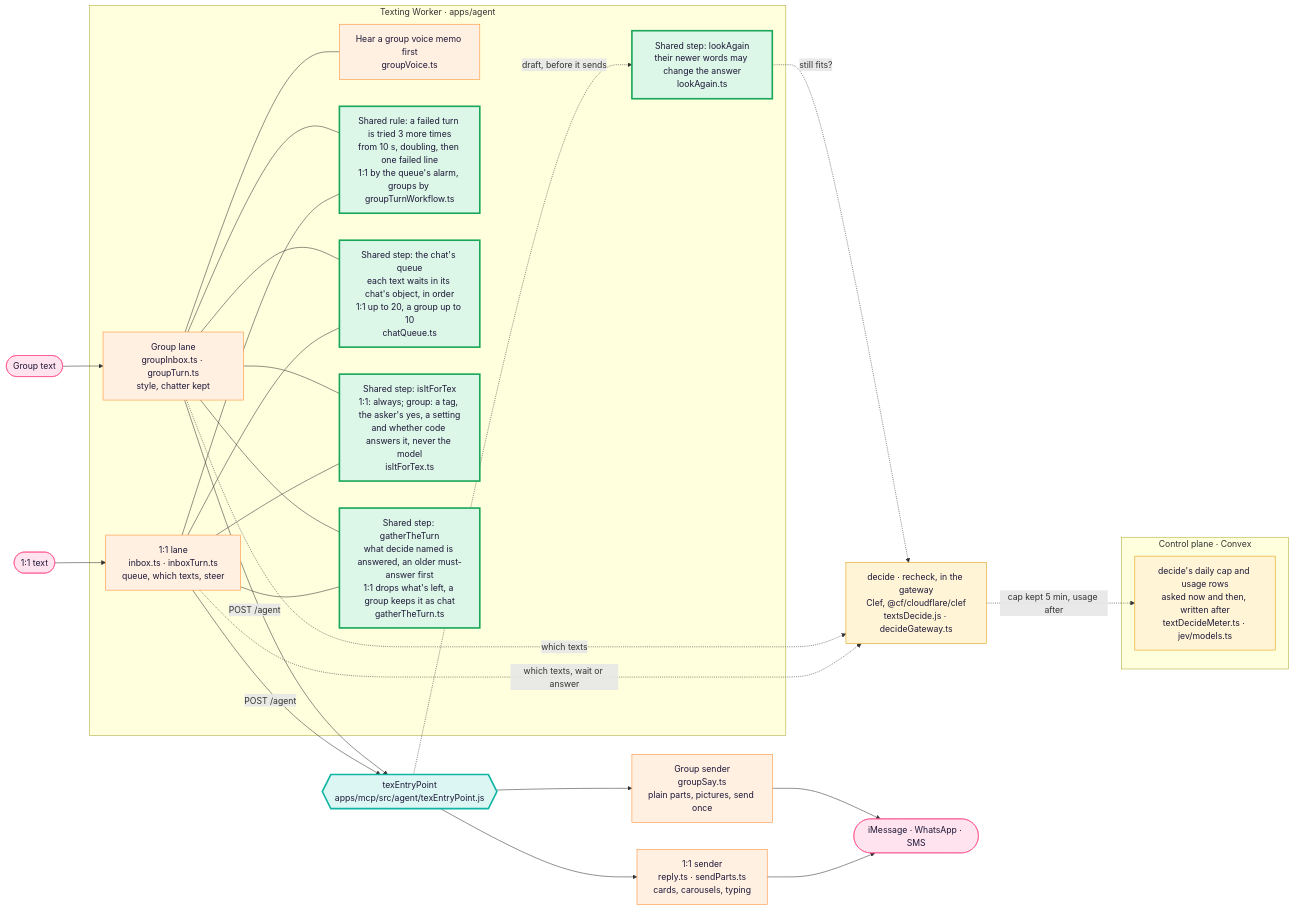
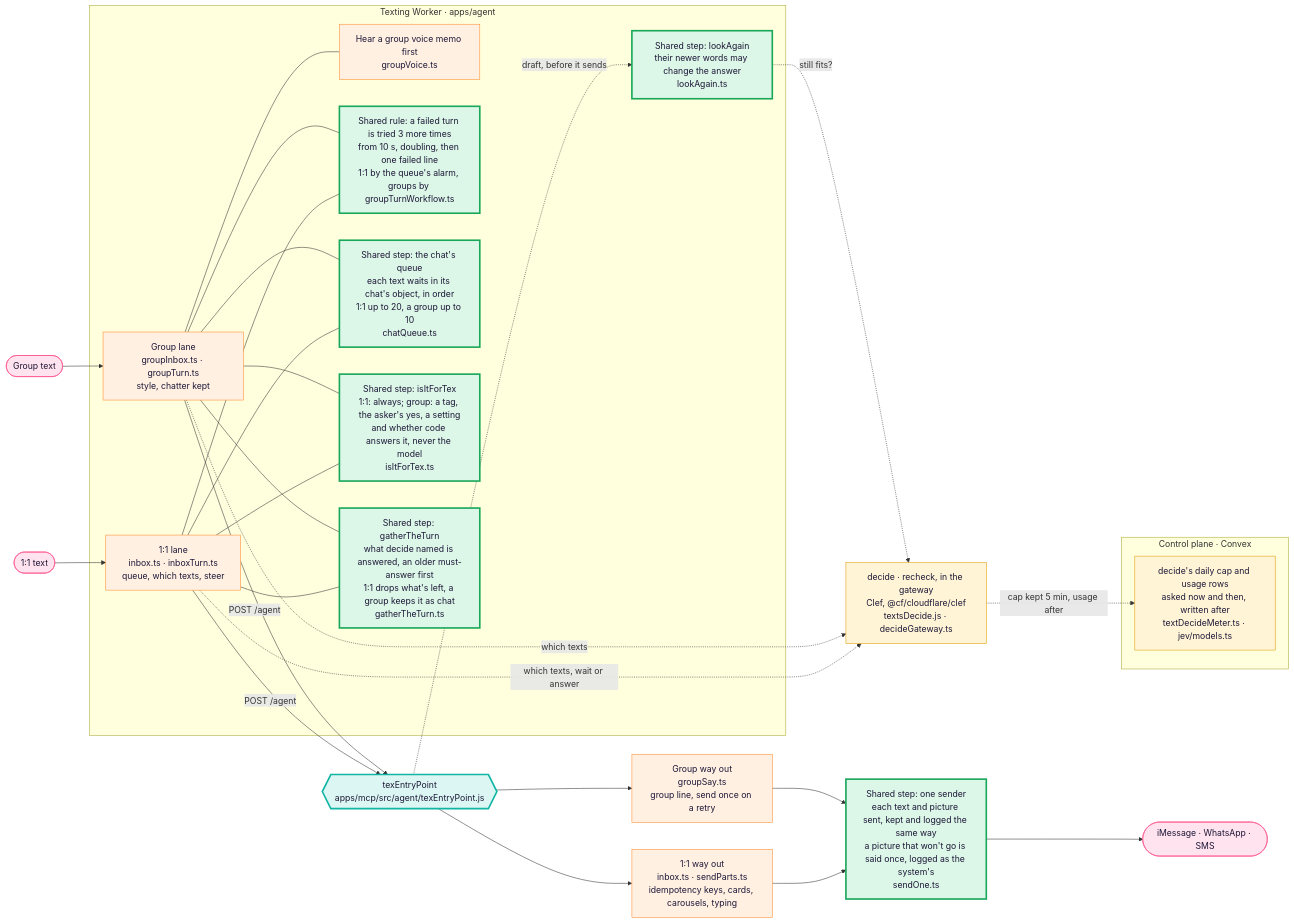
The first of 3 diagrams in docs/architecture/tex.md (Supa-Media/context), drawn with Mermaid before and after one commit. The commit also changed other lines of this file and 5 other files, not shown here.

First line of the commit message:
Tex: one sender for 1:1 and group texts and pictures

````diff
--- a/docs/architecture/tex.md
+++ b/docs/architecture/tex.md
@@ -22,45 +22,46 @@
 ```mermaid
 flowchart LR
   P1([1:1 text]):::you --> W1
   P2([Group text]):::you --> W2
   subgraph Worker["Texting Worker · apps/agent"]
     W1["1:1 lane<br/>inbox.ts · inboxTurn.ts<br/>queue, which texts, steer"]:::pipe
     W2["Group lane<br/>groupInbox.ts · groupTurn.ts<br/>style, chatter kept"]:::pipe
     H["Hear a group voice memo first<br/>groupVoice.ts"]:::pipe
     W2 --- H
     LA["Shared step: lookAgain<br/>their newer words may change the answer<br/>lookAgain.ts"]:::shared
     RT["Shared rule: a failed turn is tried 3 more times<br/>from 10 s, doubling, then one failed line<br/>1:1 by the queue's alarm, groups by groupTurnWorkflow.ts"]:::shared
     W1 --- RT
     W2 --- RT
     Q["Shared step: the chat's queue<br/>each text waits in its chat's object, in order<br/>1:1 up to 20, a group up to 10<br/>chatQueue.ts"]:::shared
     W1 --- Q
     W2 --- Q
     FT["Shared step: isItForTex<br/>1:1: always; group: a tag, the asker's yes, a setting<br/>and whether code answers it, never the model<br/>isItForTex.ts"]:::shared
     W1 --- FT
     W2 --- FT
     GT["Shared step: gatherTheTurn<br/>what decide named is answered, an older must-answer first<br/>1:1 drops what's left, a group keeps it as chat<br/>gatherTheTurn.ts"]:::shared
     W1 --- GT
     W2 --- GT
   end
   D["decide · recheck, in the gateway<br/>Clef, @cf/cloudflare/clef<br/>textsDecide.js · decideGateway.ts"]:::judge
   subgraph Control["Control plane · Convex"]
     CAP["decide's daily cap and usage rows<br/>asked now and then, written after<br/>textDecideMeter.ts · jev/models.ts"]:::judge
   end
   D -. cap kept 5 min, usage after .-> CAP
   W1 -. which texts, wait or answer .-> D
   W2 -. which texts .-> D
   E -. draft, before it sends .-> LA
   LA -. still fits? .-> D
   W1 -->|POST /agent| E
   W2 -->|POST /agent| E
   E{{"texEntryPoint<br/>apps/mcp/src/agent/texEntryPoint.js"}}:::door
-  E --> S1["1:1 sender<br/>reply.ts · sendParts.ts<br/>cards, carousels, typing"]:::pipe
-  E --> S2["Group sender<br/>groupSay.ts<br/>plain parts, pictures, send once"]:::pipe
-  S1 --> Out([iMessage · WhatsApp · SMS]):::you
-  S2 --> Out
+  E --> S1["1:1 way out<br/>inbox.ts · sendParts.ts<br/>idempotency keys, cards, carousels, typing"]:::pipe
+  E --> S2["Group way out<br/>groupSay.ts<br/>group line, send once on a retry"]:::pipe
+  S1 --> SO["Shared step: one sender<br/>each text and picture sent, kept and logged the same way<br/>a picture that won't go is said once, logged as the system's<br/>sendOne.ts"]:::shared
+  S2 --> SO
+  SO --> Out([iMessage · WhatsApp · SMS]):::you
   classDef you fill:#ffe3ee,stroke:#ff4f8b,color:#1d1838
   classDef pipe fill:#fff0e2,stroke:#ff8a2a,color:#1d1838
   classDef door fill:#dcf7f3,stroke:#11b5a4,stroke-width:3px,color:#1d1838
   classDef judge fill:#fff5d6,stroke:#e09a00,color:#1d1838
   classDef shared fill:#dcf6e7,stroke:#19a75a,stroke-width:3px,color:#1d1838
 ```
````
